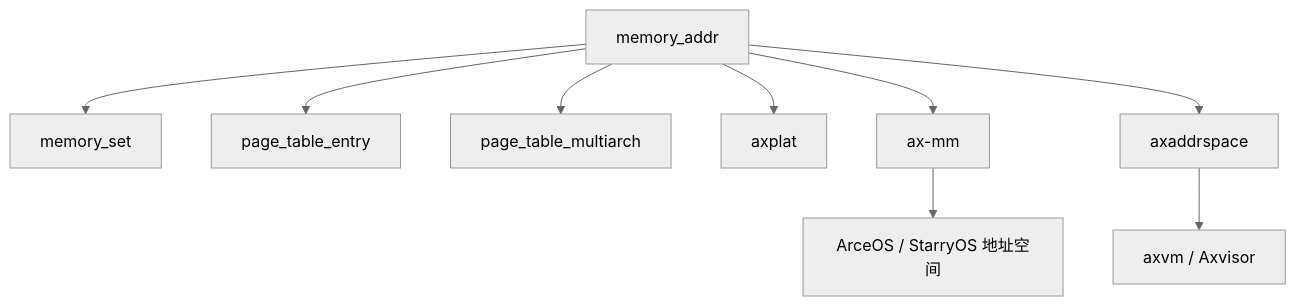
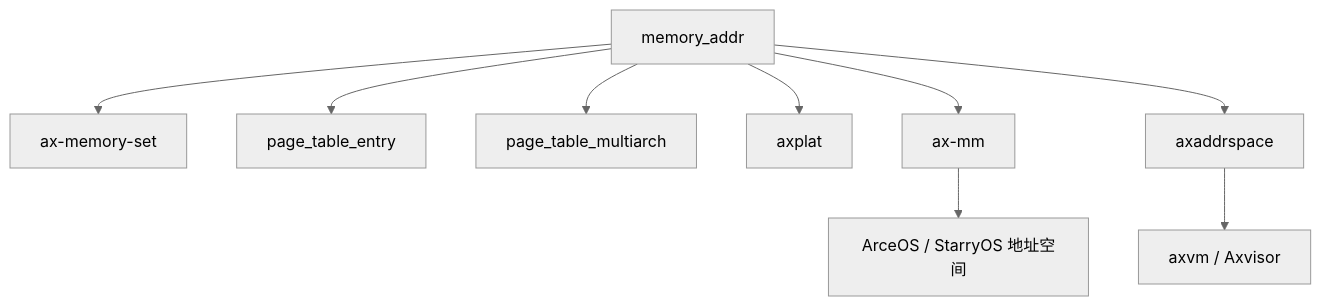
The diagram in docs/crates/memory_addr.md (zKurisu/tgoskits), drawn with Mermaid (neutral theme) before and after one commit. The commit also changed other lines of this file and 27 other files, not shown here.

Commit message:
rename memory_set to ax-memory-set

````diff
--- a/docs/crates/memory_addr.md
+++ b/docs/crates/memory_addr.md
@@ -173,12 +173,12 @@
 ```mermaid
 graph TD
     A[memory_addr]
-    A --> B[memory_set]
+    A --> B[ax-memory-set]
     A --> C[page_table_entry]
     A --> D[page_table_multiarch]
     A --> E[axplat]
     A --> F[ax-mm]
     A --> G[axaddrspace]
     G --> H[axvm / Axvisor]
     F --> I[ArceOS / StarryOS 地址空间]
 ```
````
